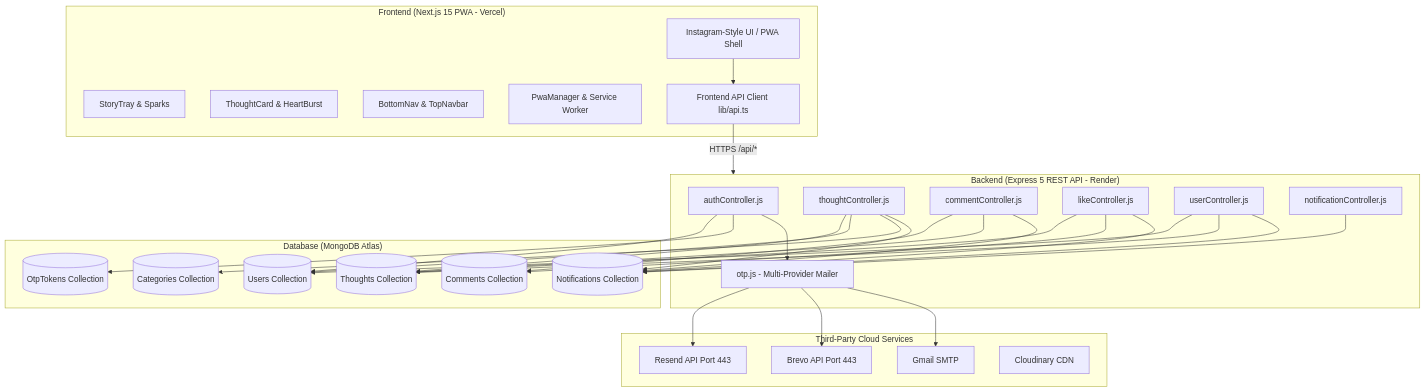
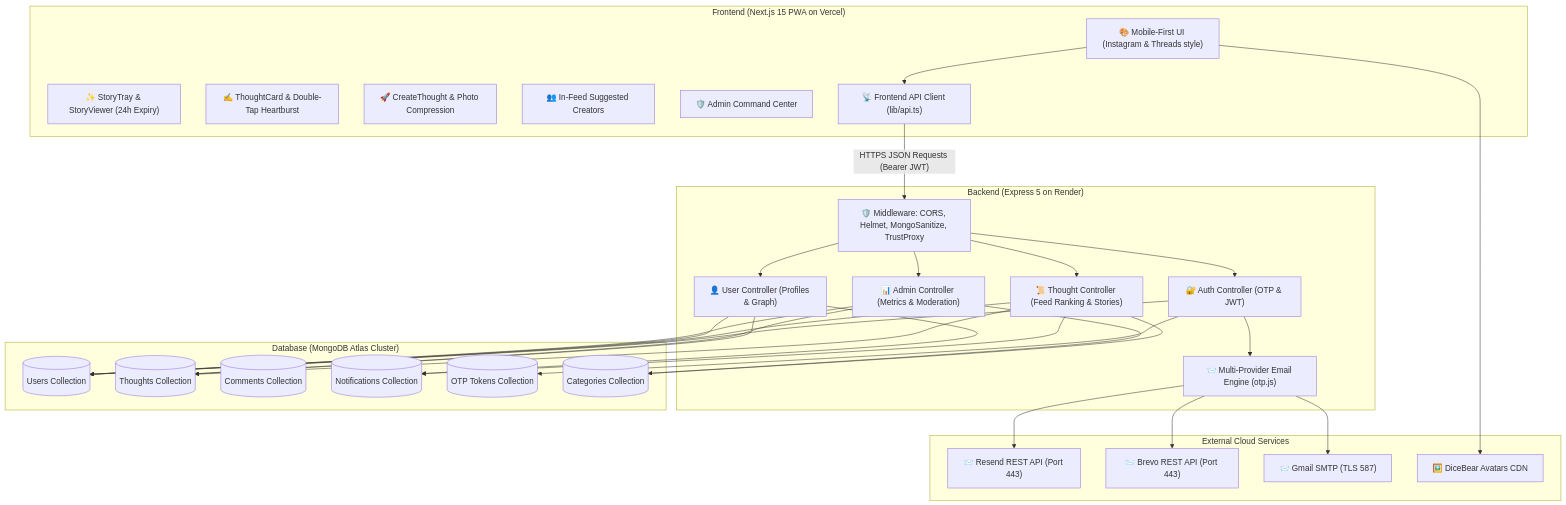
Before and after one commit to muzamilCodes/ShareYourThought: the diagram in README.md, drawn with Mermaid. The commit also changed other lines of this file and 2 other files, not shown here.

Commit message:
Add complete A-to-Z architecture, backend, frontend, and API documentation in README files

````diff
--- a/README.md
+++ b/README.md
@@ -43,48 +35,48 @@
 ```mermaid
 graph TD
-    subgraph Frontend ["Frontend (Next.js 15 PWA - Vercel)"]
-        UI[Instagram-Style UI / PWA Shell]
-        ST[StoryTray & Sparks]
-        TC[ThoughtCard & HeartBurst]
-        BN[BottomNav & TopNavbar]
-        PWM[PwaManager & Service Worker]
-        API_LIB[Frontend API Client lib/api.ts]
+    subgraph Client ["Frontend (Next.js 15 PWA on Vercel)"]
+        UI["🎨 Mobile-First UI (Instagram & Threads style)"]
+        ST["✨ StoryTray & StoryViewer (24h Expiry)"]
+        TC["✍️ ThoughtCard & Double-Tap Heartburst"]
+        CT["🚀 CreateThought & Photo Compression"]
+        SU["👥 In-Feed Suggested Creators"]
+        ADM["🛡️ Admin Command Center"]
+        API_SDK["📡 Frontend API Client (lib/api.ts)"]
     end
 
-    subgraph Backend ["Backend (Express 5 REST API - Render)"]
-        AUTH_CTRL[authController.js]
-        THOUGHT_CTRL[thoughtController.js]
-        COMMENT_CTRL[commentController.js]
-        LIKE_CTRL[likeController.js]
-        USER_CTRL[userController.js]
-        NOTIF_CTRL[notificationController.js]
-        OTP_SVC[otp.js - Multi-Provider Mailer]
+    subgraph Server ["Backend (Express 5 on Render)"]
+        MW["🛡️ Middleware: CORS, Helmet, MongoSanitize, TrustProxy"]
+        AUTH["🔐 Auth Controller (OTP & JWT)"]
+        THOUGHTS["📜 Thought Controller (Feed Ranking & Stories)"]
+        USERS["👤 User Controller (Profiles & Graph)"]
+        ADMIN["📊 Admin Controller (Metrics & Moderation)"]
+        MAILER["📨 Multi-Provider Email Engine (otp.js)"]
     end
 
-    subgraph Database ["Database (MongoDB Atlas)"]
-        U_DB[(Users Collection)]
-        T_DB[(Thoughts Collection)]
-        C_DB[(Comments Collection)]
-        OTP_DB[(OtpTokens Collection)]
-        N_DB[(Notifications Collection)]
-        CAT_DB[(Categories Collection)]
+    subgraph Database ["Database (MongoDB Atlas Cluster)"]
+        M_USERS[("Users Collection")]
+        M_THOUGHTS[("Thoughts Collection")]
+        M_COMMENTS[("Comments Collection")]
+        M_NOTIFS[("Notifications Collection")]
+        M_OTPS[("OTP Tokens Collection")]
+        M_CATS[("Categories Collection")]
     end
 
-    subgraph ThirdParty ["Third-Party Cloud Services"]
-        RESEND[Resend API Port 443]
-        BREVO[Brevo API Port 443]
-        GMAIL[Gmail SMTP]
-        CLOUDINARY[Cloudinary CDN]
+    subgraph CloudServices ["External Cloud Services"]
+        RESEND["📨 Resend REST API (Port 443)"]
+        BREVO["📨 Brevo REST API (Port 443)"]
+        GMAIL["📨 Gmail SMTP (TLS 587)"]
+        DICEBEAR["🖼️ DiceBear Avatars CDN"]
     end
 
-    UI --> API_LIB
-    API_LIB -->|HTTPS /api/*| Backend
-    AUTH_CTRL --> U_DB & OTP_DB
-    AUTH_CTRL --> OTP_SVC
-    OTP_SVC --> RESEND & BREVO & GMAIL
-    THOUGHT_CTRL --> T_DB & U_DB & CAT_DB & N_DB
-    COMMENT_CTRL --> C_DB & T_DB & N_DB
-    LIKE_CTRL --> T_DB & C_DB & N_DB
-    USER_CTRL --> U_DB & T_DB & N_DB
-    NOTIF_CTRL --> N_DB
+    UI --> API_SDK
+    API_SDK -->|"HTTPS JSON Requests (Bearer JWT)"| MW
+    MW --> AUTH & THOUGHTS & USERS & ADMIN
+    AUTH --> M_USERS & M_OTPS
+    AUTH --> MAILER
+    MAILER --> RESEND & BREVO & GMAIL
+    THOUGHTS --> M_THOUGHTS & M_USERS & M_CATS & M_NOTIFS
+    USERS --> M_USERS & M_THOUGHTS & M_NOTIFS
+    ADMIN --> M_USERS & M_THOUGHTS & M_CATS
+    UI --> DICEBEAR
 ```
````
